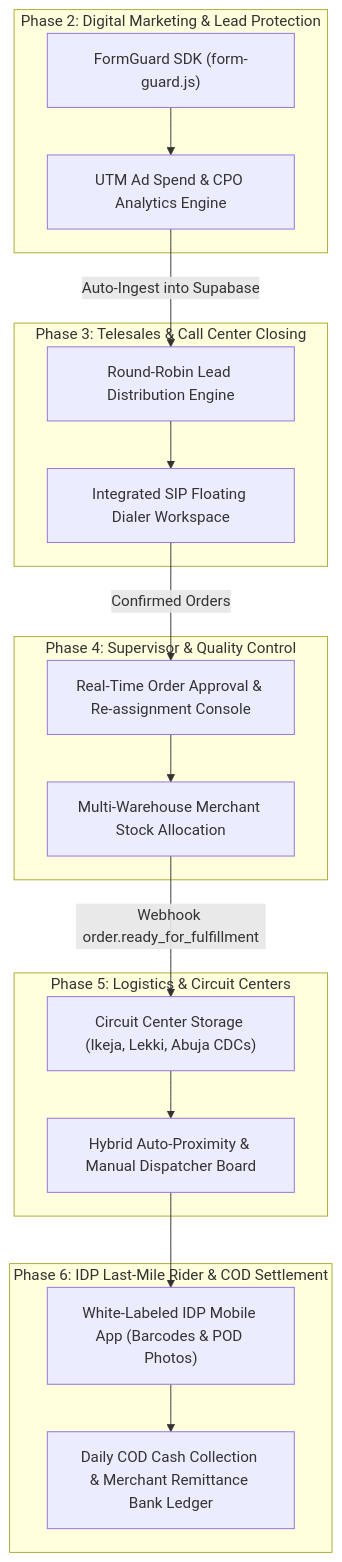
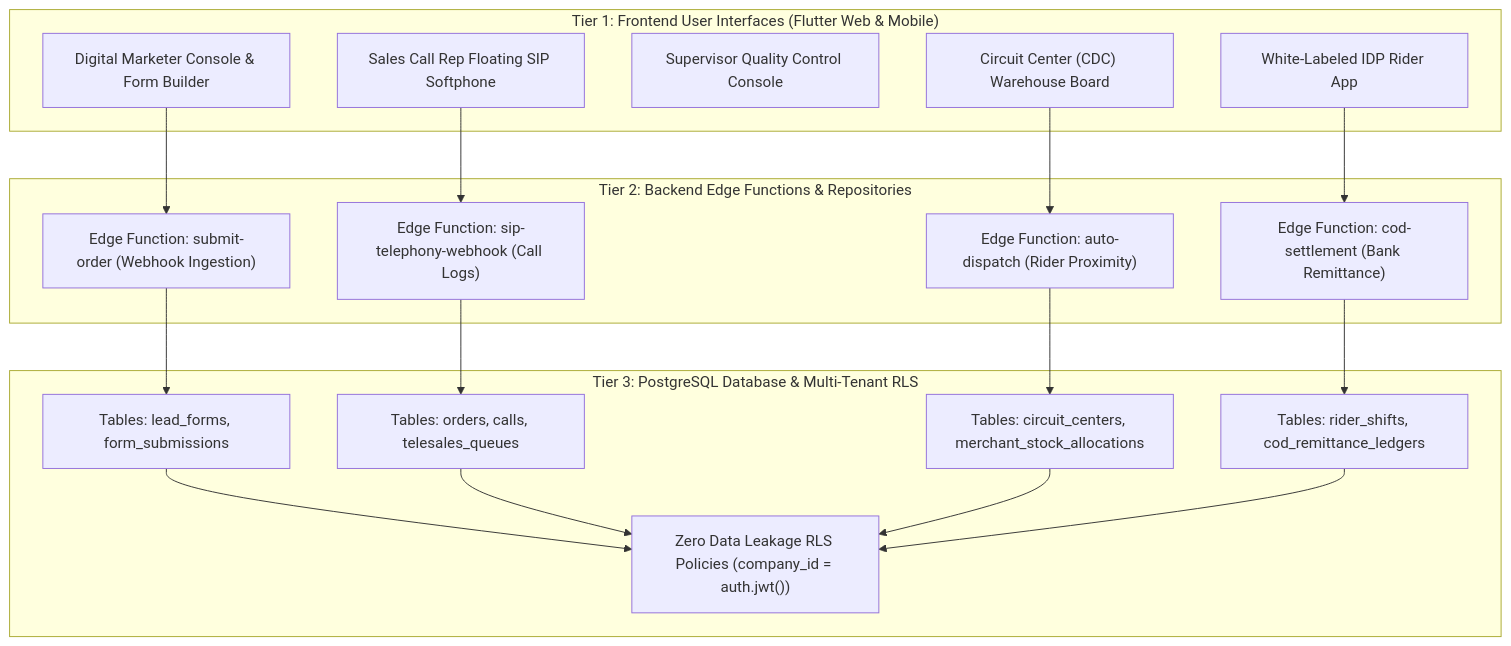
The diagram in Documentation/End_to_End_Phase_Implementation_Plan/00_PHASE_ROADMAP_OVERVIEW.md (odufu/NovaSuit), drawn with Mermaid before and after one commit. The commit also changed other lines of this file and 1 other file, not shown here.

Commit message:
docs(plan): enforce Mandatory 3-Tier Full-Stack Integrity Rule across all phases (UI + Edge Functions + PostgreSQL DB & RLS)

````diff
--- a/Documentation/End_to_End_Phase_Implementation_Plan/00_PHASE_ROADMAP_OVERVIEW.md
+++ b/Documentation/End_to_End_Phase_Implementation_Plan/00_PHASE_ROADMAP_OVERVIEW.md
@@ -9,37 +16,40 @@
 ```mermaid
 graph TD
-    subgraph Phase2 ["Phase 2: Digital Marketing & Lead Protection"]
-        FormGuardSDK["FormGuard SDK (form-guard.js)"]
-        AdAttribution["UTM Ad Spend & CPO Analytics Engine"]
+    subgraph Tier1 ["Tier 1: Frontend User Interfaces (Flutter Web & Mobile)"]
+        UI_Marketer["Digital Marketer Console & Form Builder"]
+        UI_Telesales["Sales Call Rep Floating SIP Softphone"]
+        UI_Supervisor["Supervisor Quality Control Console"]
+        UI_CDC["Circuit Center (CDC) Warehouse Board"]
+        UI_Rider["White-Labeled IDP Rider App"]
     end
 
-    subgraph Phase3 ["Phase 3: Telesales & Call Center Closing"]
-        RoundRobinQueue["Round-Robin Lead Distribution Engine"]
-        SIPCallWorkspace["Integrated SIP Floating Dialer Workspace"]
+    subgraph Tier2 ["Tier 2: Backend Edge Functions & Repositories"]
+        EF_Submit["Edge Function: submit-order (Webhook Ingestion)"]
+        EF_Dialer["Edge Function: sip-telephony-webhook (Call Logs)"]
+        EF_Dispatch["Edge Function: auto-dispatch (Rider Proximity)"]
+        EF_Settlement["Edge Function: cod-settlement (Bank Remittance)"]
     end
 
-    subgraph Phase4 ["Phase 4: Supervisor & Quality Control"]
-        SupervisorConsole["Real-Time Order Approval & Re-assignment Console"]
-        MerchantStockManager["Multi-Warehouse Merchant Stock Allocation"]
+    subgraph Tier3 ["Tier 3: PostgreSQL Database & Multi-Tenant RLS"]
+        DB_Forms["Tables: lead_forms, form_submissions"]
+        DB_Orders["Tables: orders, calls, telesales_queues"]
+        DB_CDC["Tables: circuit_centers, merchant_stock_allocations"]
+        DB_IDP["Tables: rider_shifts, cod_remittance_ledgers"]
+        RLS["Zero Data Leakage RLS Policies (company_id = auth.jwt())"]
     end
 
-    subgraph Phase5 ["Phase 5: Logistics & Circuit Centers"]
-        CDCWarehouse["Circuit Center Storage (Ikeja, Lekki, Abuja CDCs)"]
-        HybridDispatch["Hybrid Auto-Proximity & Manual Dispatcher Board"]
-    end
+    UI_Marketer --> EF_Submit
+    UI_Telesales --> EF_Dialer
+    UI_CDC --> EF_Dispatch
+    UI_Rider --> EF_Settlement
 
-    subgraph Phase6 ["Phase 6: IDP Last-Mile Rider & COD Settlement"]
-        RiderApp["White-Labeled IDP Mobile App (Barcodes & POD Photos)"]
-        CODSettlement["Daily COD Cash Collection & Merchant Remittance Bank Ledger"]
-    end
+    EF_Submit --> DB_Forms
+    EF_Dialer --> DB_Orders
+    EF_Dispatch --> DB_CDC
+    EF_Settlement --> DB_IDP
 
-    FormGuardSDK --> AdAttribution
-    AdAttribution -- Auto-Ingest into Supabase --> RoundRobinQueue
-    RoundRobinQueue --> SIPCallWorkspace
-    SIPCallWorkspace -- Confirmed Orders --> SupervisorConsole
-    SupervisorConsole --> MerchantStockManager
-    MerchantStockManager -- Webhook order.ready_for_fulfillment --> CDCWarehouse
-    CDCWarehouse --> HybridDispatch
-    HybridDispatch --> RiderApp
-    RiderApp --> CODSettlement
+    DB_Forms --> RLS
+    DB_Orders --> RLS
+    DB_CDC --> RLS
+    DB_IDP --> RLS
 ```
````
